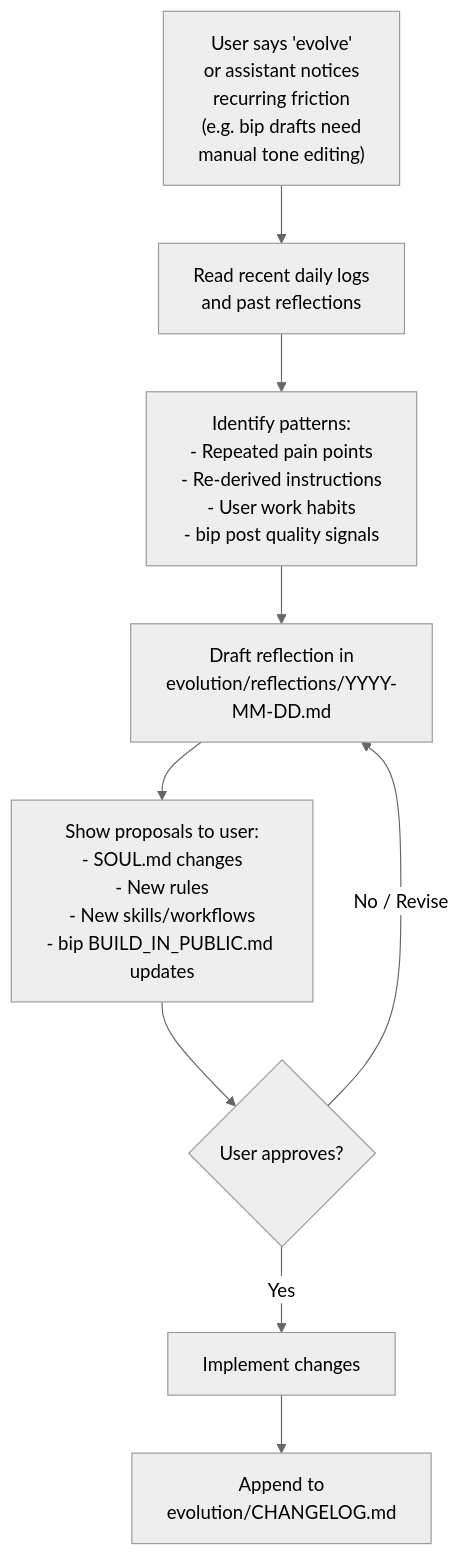
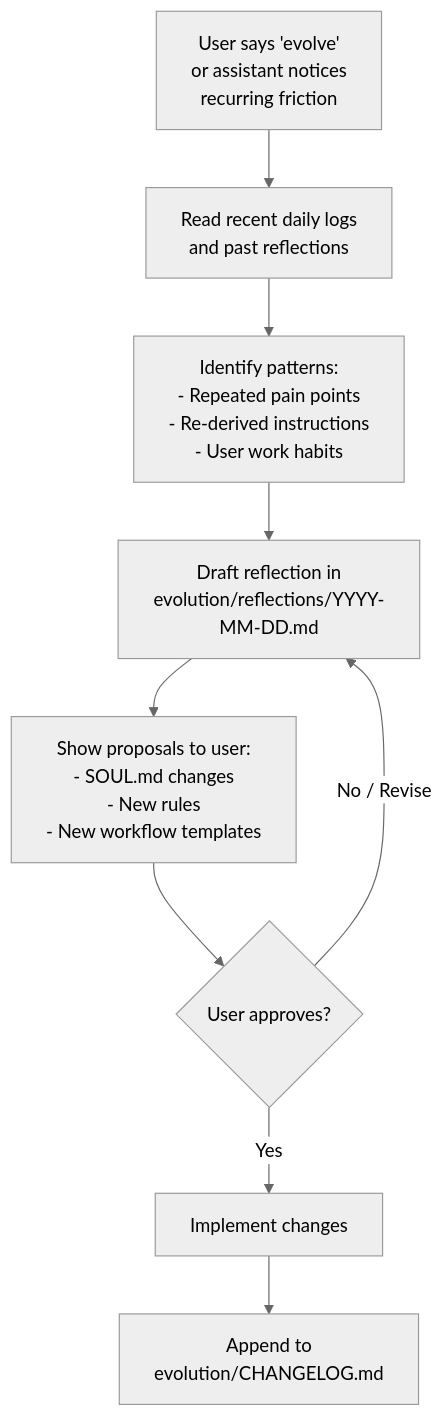
One commit to cynthialmy/cynthialmy.github.io changed the fourth of 11 diagrams in _posts/2026-02-27-self-evolving-ai-assistant.md. Above: the diagram before and after it, drawn with Mermaid (neutral theme). The commit also changed other lines of this file, not shown here.

Commit message:
updated post about bip

````diff
--- a/_posts/2026-02-27-self-evolving-ai-assistant.md
+++ b/_posts/2026-02-27-self-evolving-ai-assistant.md
@@ -288,20 +271,20 @@
 ```mermaid
 flowchart TD
-    Trigger["User says 'evolve'<br/>or assistant notices<br/>recurring friction<br/>(e.g. bip drafts need<br/>manual tone editing)"]
+    Trigger["User says 'evolve'<br/>or assistant notices<br/>recurring friction"]
     ReadLogs["Read recent daily logs<br/>and past reflections"]
-    Identify["Identify patterns:<br/>- Repeated pain points<br/>- Re-derived instructions<br/>- User work habits<br/>- bip post quality signals"]
+    Identify["Identify patterns:<br/>- Repeated pain points<br/>- Re-derived instructions<br/>- User work habits"]
     Draft["Draft reflection in<br/>evolution/reflections/YYYY-MM-DD.md"]
-    Propose["Show proposals to user:<br/>- SOUL.md changes<br/>- New rules<br/>- New skills/workflows<br/>- bip BUILD_IN_PUBLIC.md updates"]
+    Propose["Show proposals to user:<br/>- SOUL.md changes<br/>- New rules<br/>- New workflow templates"]
     Approve{"User approves?"}
     Implement["Implement changes"]
     Log["Append to<br/>evolution/CHANGELOG.md"]
 
     Trigger --> ReadLogs
     ReadLogs --> Identify
     Identify --> Draft
     Draft --> Propose
     Propose --> Approve
     Approve -->|Yes| Implement
     Approve -->|No / Revise| Draft
     Implement --> Log
 ```
````
